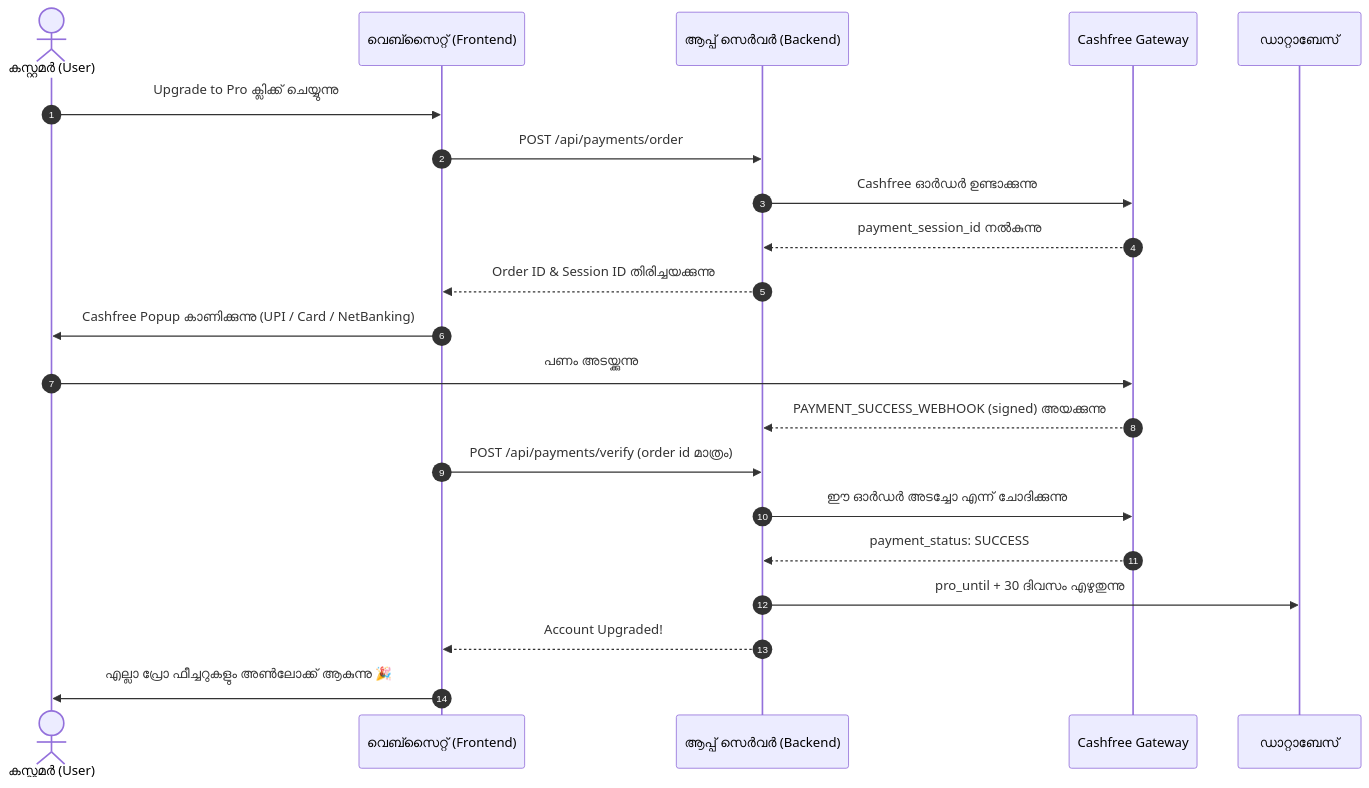
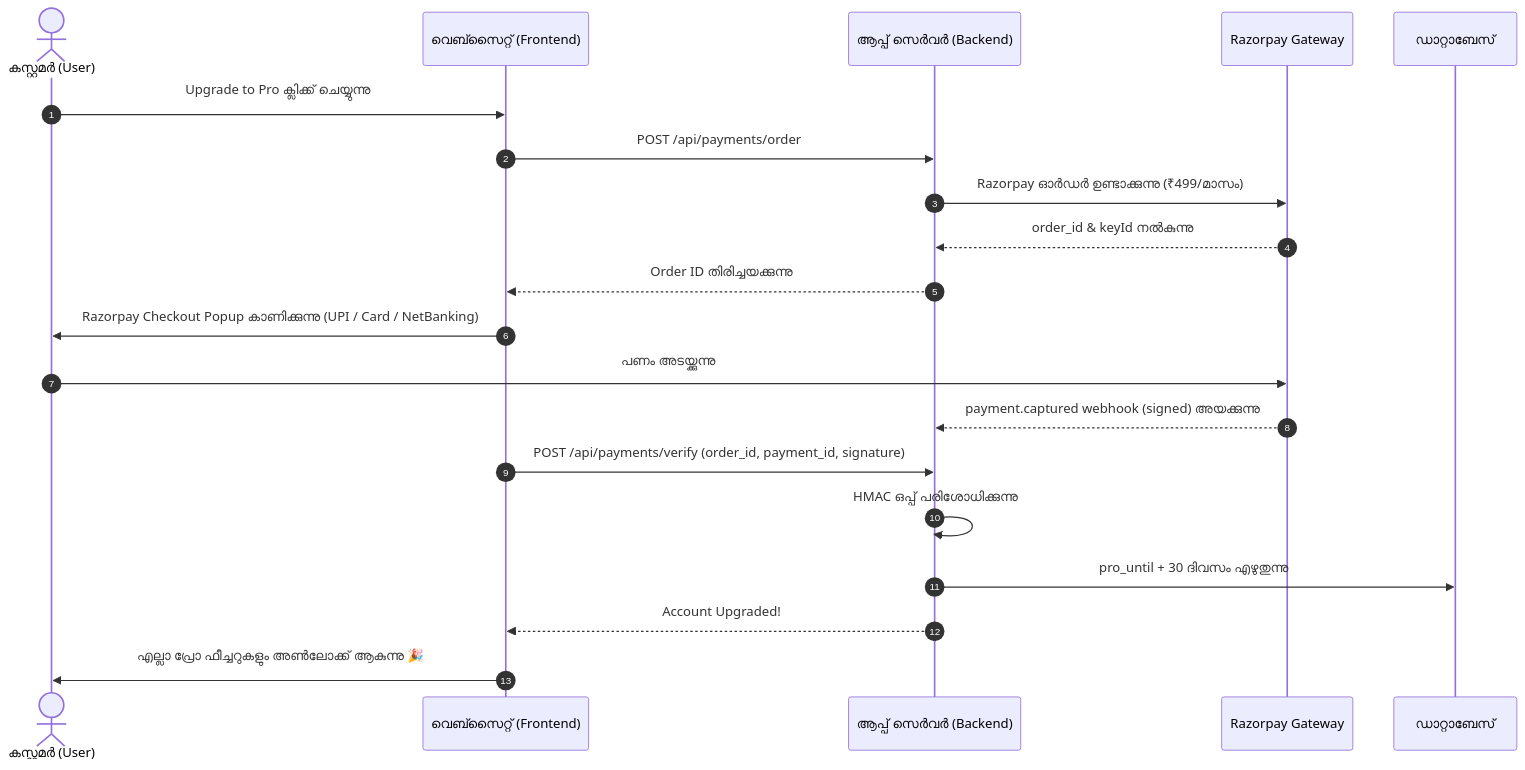
Before and after one commit to an0n7os/Fx-journal-pro: the seventh of 8 diagrams in AxyFx_JournalPro_Complete_Workflow_Guide.md, drawn with Mermaid. The commit also changed other lines of this file and 20 other files, not shown here.

````diff
--- a/AxyFx_JournalPro_Complete_Workflow_Guide.md
+++ b/AxyFx_JournalPro_Complete_Workflow_Guide.md
@@ -174,24 +174,23 @@
 ```mermaid
 sequenceDiagram
     autonumber
     actor User as കസ്റ്റമർ (User)
     participant UI as വെബ്സൈറ്റ് (Frontend)
     participant Server as ആപ്പ് സെർവർ (Backend)
-    participant CF as Cashfree Gateway
+    participant RZP as Razorpay Gateway
     participant DB as ഡാറ്റാബേസ്
 
     User->>UI: Upgrade to Pro ക്ലിക്ക് ചെയ്യുന്നു
     UI->>Server: POST /api/payments/order
-    Server->>CF: Cashfree ഓർഡർ ഉണ്ടാക്കുന്നു
-    CF-->>Server: payment_session_id നൽകുന്നു
-    Server-->>UI: Order ID & Session ID തിരിച്ചയക്കുന്നു
-    UI->>User: Cashfree Popup കാണിക്കുന്നു (UPI / Card / NetBanking)
-    User->>CF: പണം അടയ്ക്കുന്നു
-    CF-->>Server: PAYMENT_SUCCESS_WEBHOOK (signed) അയക്കുന്നു
-    UI->>Server: POST /api/payments/verify (order id മാത്രം)
-    Server->>CF: ഈ ഓർഡർ അടച്ചോ എന്ന് ചോദിക്കുന്നു
-    CF-->>Server: payment_status: SUCCESS
+    Server->>RZP: Razorpay ഓർഡർ ഉണ്ടാക്കുന്നു (₹499/മാസം)
+    RZP-->>Server: order_id & keyId നൽകുന്നു
+    Server-->>UI: Order ID തിരിച്ചയക്കുന്നു
+    UI->>User: Razorpay Checkout Popup കാണിക്കുന്നു (UPI / Card / NetBanking)
+    User->>RZP: പണം അടയ്ക്കുന്നു
+    RZP-->>Server: payment.captured webhook (signed) അയക്കുന്നു
+    UI->>Server: POST /api/payments/verify (order_id, payment_id, signature)
+    Server->>Server: HMAC ഒപ്പ് പരിശോധിക്കുന്നു
     Server->>DB: pro_until + 30 ദിവസം എഴുതുന്നു
     Server-->>UI: Account Upgraded!
     UI->>User: എല്ലാ പ്രോ ഫീച്ചറുകളും അൺലോക്ക് ആകുന്നു 🎉
 ```
````
